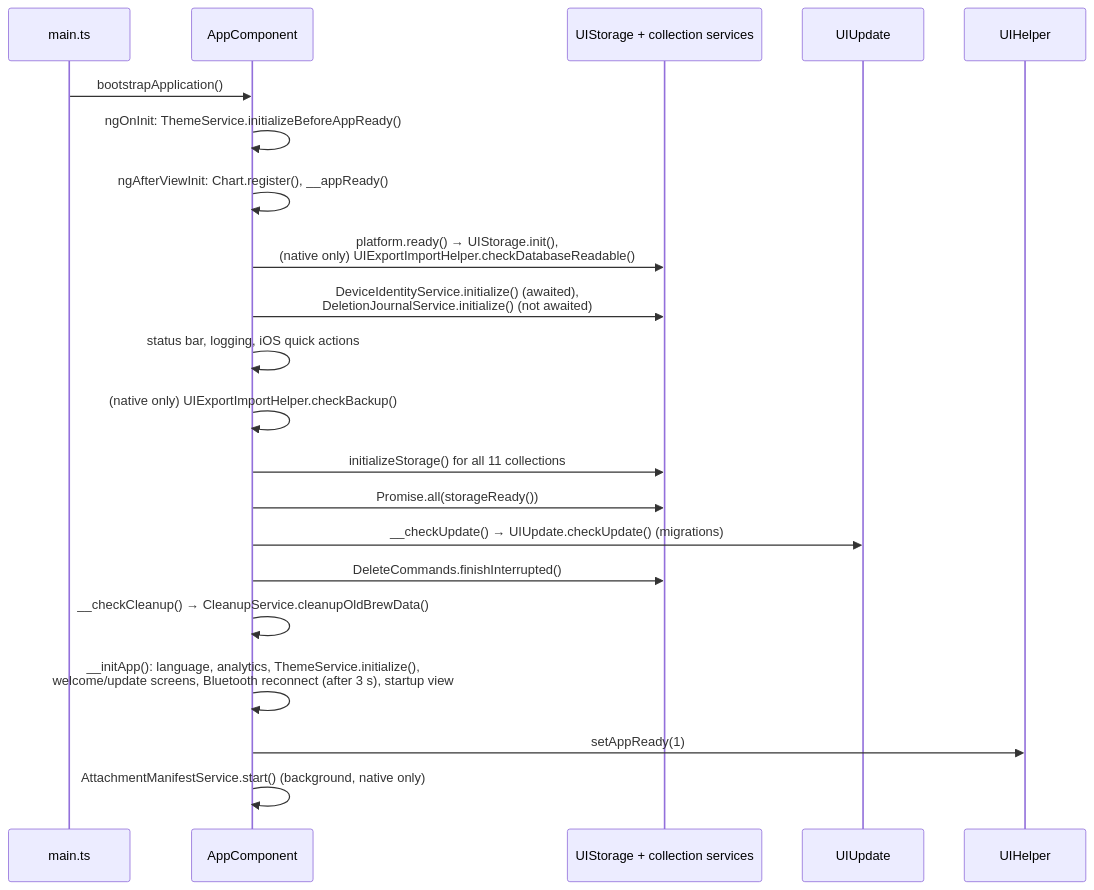
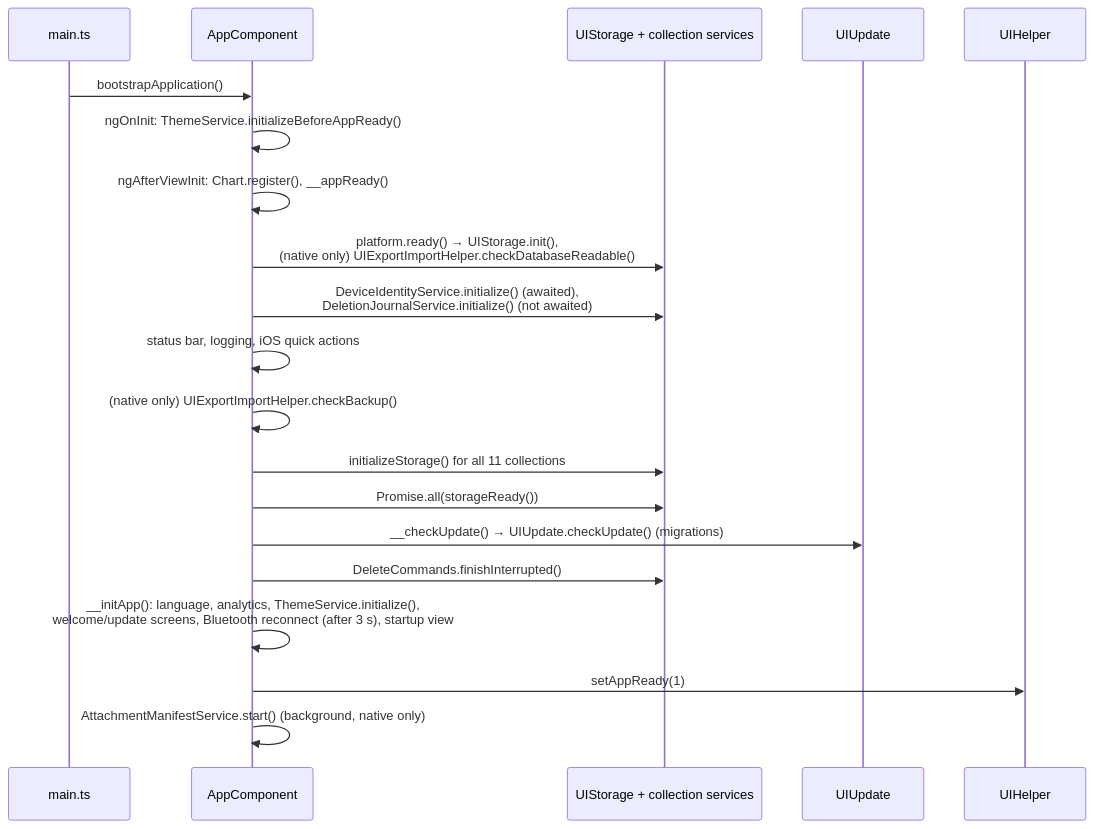
The first of 3 diagrams in docs/ARCHITECTURE.md (graphefruit/Beanconqueror), drawn with Mermaid before and after one commit. The commit also changed 3 other files, not shown here.

Commit message:
Remove the cleanup service that does nothing

````diff
--- a/docs/ARCHITECTURE.md
+++ b/docs/ARCHITECTURE.md
@@ -61,24 +61,23 @@
 ```mermaid
 sequenceDiagram
     participant Main as main.ts
     participant App as AppComponent
     participant Storage as UIStorage + collection services
     participant Update as UIUpdate
     participant Helper as UIHelper
 
     Main->>App: bootstrapApplication()
     App->>App: ngOnInit: ThemeService.initializeBeforeAppReady()
     App->>App: ngAfterViewInit: Chart.register(), __appReady()
     App->>Storage: platform.ready() → UIStorage.init(),<br/>(native only) UIExportImportHelper.checkDatabaseReadable()
     App->>Storage: DeviceIdentityService.initialize() (awaited),<br/>DeletionJournalService.initialize() (not awaited)
     App->>App: status bar, logging, iOS quick actions
     App->>App: (native only) UIExportImportHelper.checkBackup()
     App->>Storage: initializeStorage() for all 11 collections
     App->>Storage: Promise.all(storageReady())
     App->>Update: __checkUpdate() → UIUpdate.checkUpdate() (migrations)
     App->>Storage: DeleteCommands.finishInterrupted()
-    App->>App: __checkCleanup() → CleanupService.cleanupOldBrewData()
     App->>App: __initApp(): language, analytics, ThemeService.initialize(),<br/>welcome/update screens, Bluetooth reconnect (after 3 s), startup view
     App->>Helper: setAppReady(1)
     App->>App: AttachmentManifestService.start() (background, native only)
 ```
````
